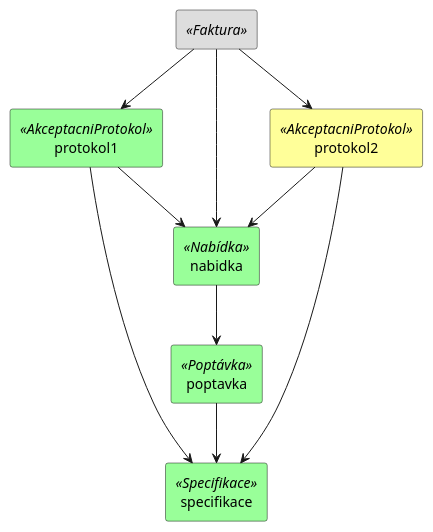
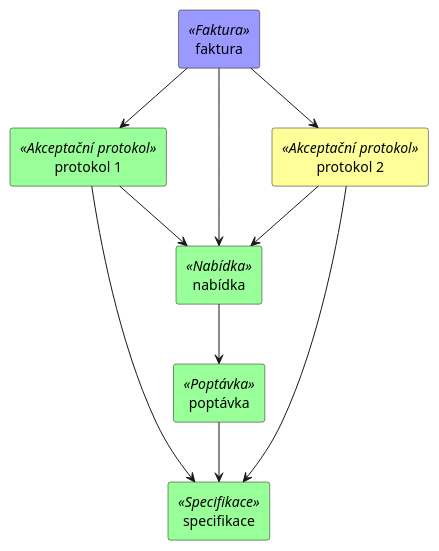
The first of 6 diagrams in doc/spec.adoc (techlib/spis), drawn with PlantUML before and after one commit. The commit also changed other lines of this file, not shown here.

```diff
--- a/doc/spec.adoc
+++ b/doc/spec.adoc
@@ -49,21 +49,21 @@
 [plantuml,align="center"]
 ....
 @startuml
-rectangle " " as faktura <<Faktura>> #dddddd
-rectangle "protokol1" <<AkceptacniProtokol>> #99ff99
-rectangle "protokol2" <<AkceptacniProtokol>> #ffff99
-rectangle "nabidka" <<Nabídka>> #99ff99
-rectangle "poptavka" <<Poptávka>> #99ff99
+rectangle "faktura" <<Faktura>> #9999ff
+rectangle "protokol 1" as protokol_1 <<Akceptační protokol>> #99ff99
+rectangle "protokol 2" as protokol_2 <<Akceptační protokol>> #ffff99
+rectangle "nabídka" <<Nabídka>> #99ff99
+rectangle "poptávka" <<Poptávka>> #99ff99
 rectangle "specifikace" <<Specifikace>> #99ff99
 
-poptavka -d-> specifikace
-faktura -d-> nabidka
-faktura -d-> protokol1
-faktura -d-> protokol2
-protokol1 -d-> specifikace
-protokol1 -d-> nabidka
-protokol2 -d-> specifikace
-protokol2 -d-> nabidka
-nabidka -d-> poptavka
+poptávka -d-> specifikace
+faktura -d-> nabídka
+faktura -d-> protokol_1
+faktura -d-> protokol_2
+protokol_1 -d-> specifikace
+protokol_1 -d-> nabídka
+protokol_2 -d-> specifikace
+protokol_2 -d-> nabídka
+nabídka -d-> poptávka
 @enduml
 ....
```
